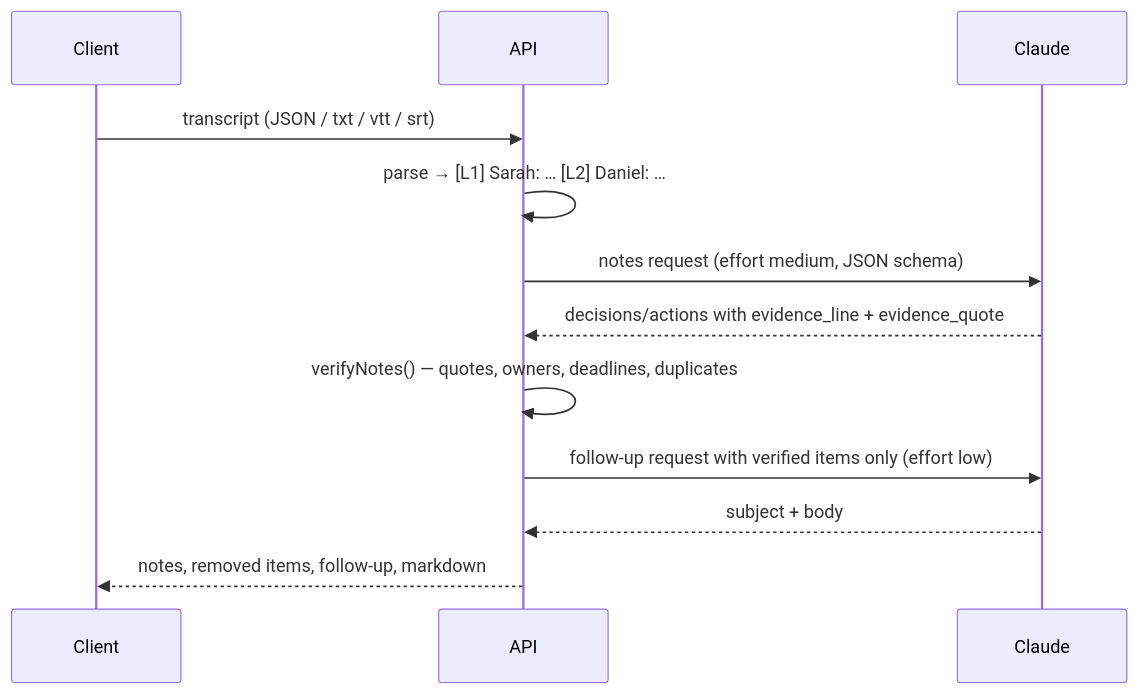
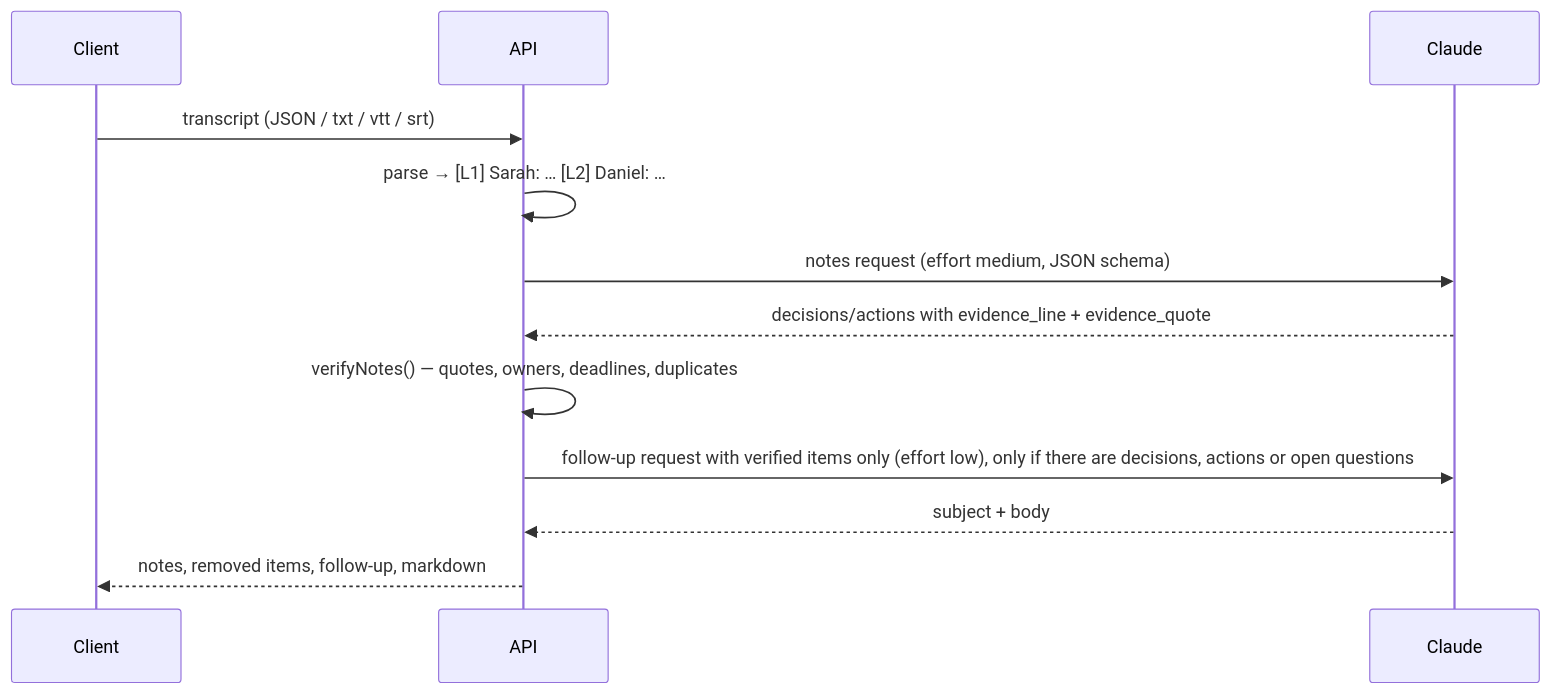
One commit to Mawra-Janjua/ai-meeting-assistant changed the diagram in docs/ARCHITECTURE.md. Above: the diagram before and after it, drawn with Mermaid. The commit also changed other lines of this file and 32 other files, not shown here.

````diff
--- a/docs/ARCHITECTURE.md
+++ b/docs/ARCHITECTURE.md
@@ -15,14 +16,14 @@
 ```mermaid
 sequenceDiagram
   participant Client
   participant API
   participant Claude
   Client->>API: transcript (JSON / txt / vtt / srt)
   API->>API: parse → [L1] Sarah: … [L2] Daniel: …
   API->>Claude: notes request (effort medium, JSON schema)
   Claude-->>API: decisions/actions with evidence_line + evidence_quote
   API->>API: verifyNotes() — quotes, owners, deadlines, duplicates
-  API->>Claude: follow-up request with verified items only (effort low)
+  API->>Claude: follow-up request with verified items only (effort low), only if there are decisions, actions or open questions
   Claude-->>API: subject + body
   API-->>Client: notes, removed items, follow-up, markdown
 ```
````
